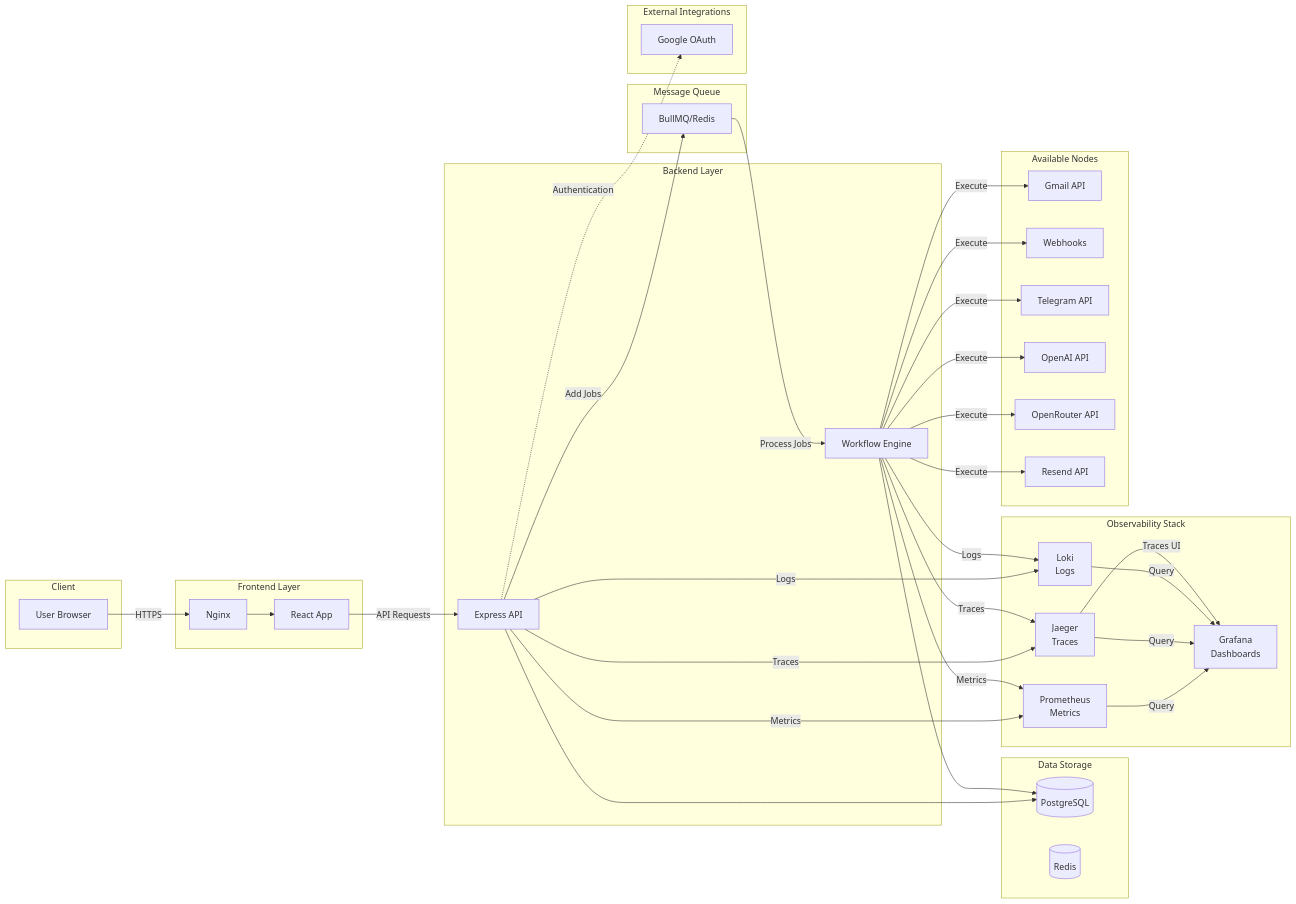
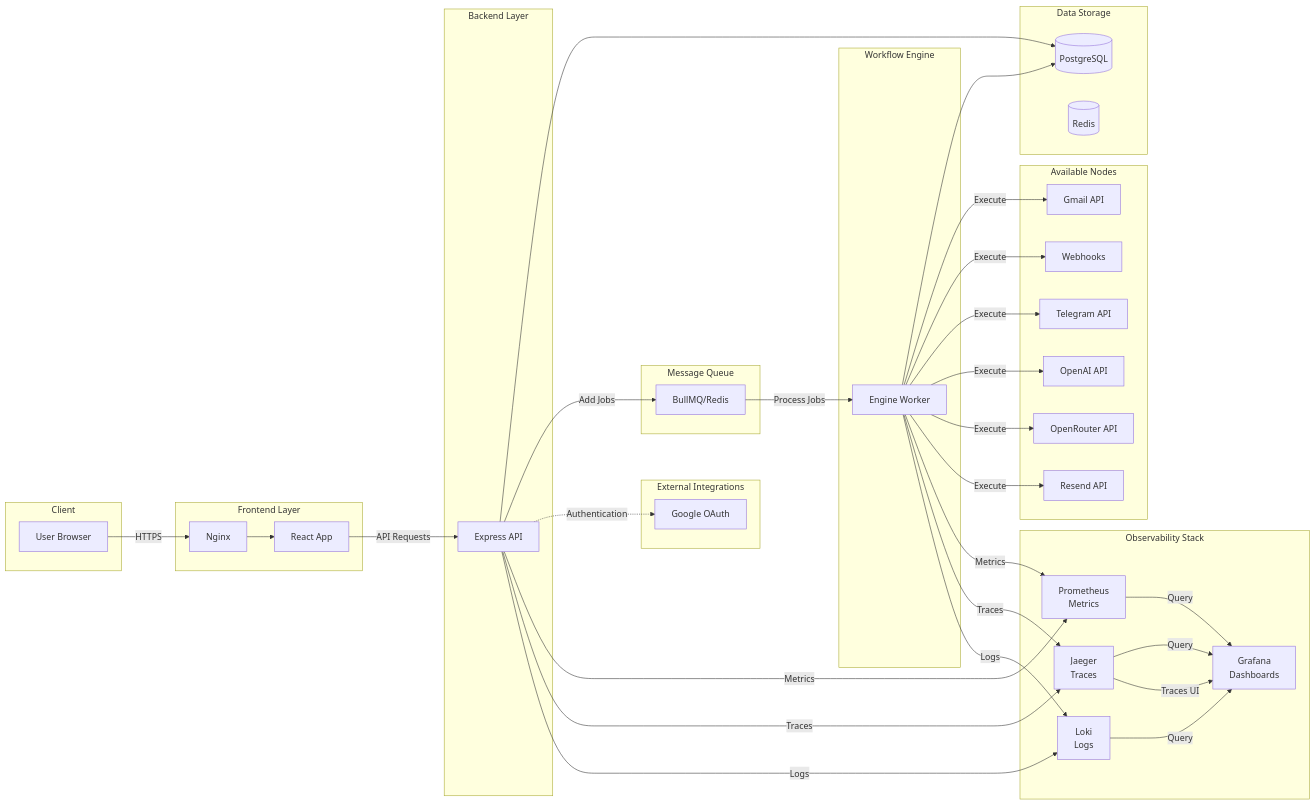
One commit to JagjeevanAK/nEn changed the diagram in README.md. Above: the diagram before and after it, drawn with Mermaid.

Commit message:
docs: README update

````diff
--- a/README.md
+++ b/README.md
@@ -7,71 +7,74 @@
 ```mermaid
 flowchart LR
     subgraph Client
         A[User Browser]
+    end
+    
+    subgraph External["External Integrations"]
+        H[Google OAuth]
     end
     
     subgraph Frontend["Frontend Layer"]
         B[Nginx]
         C[React App]
     end
     
     subgraph Backend["Backend Layer"]
         D[Express API]
-        E[Workflow Engine]
+    end
+    
+    subgraph Storage["Data Storage"]
+        F[(PostgreSQL)]
+        G[(Redis)]
     end
     
     subgraph Queue["Message Queue"]
         Q[BullMQ/Redis]
     end
     
-    subgraph Storage["Data Storage"]
-        F[(PostgreSQL)]
-        G[(Redis)]
+    subgraph Engine["Workflow Engine"]
+        E[Engine Worker]
     end
     
     subgraph Monitoring["Observability Stack"]
         M1[Prometheus<br/>Metrics]
         M2[Grafana<br/>Dashboards]
         M3[Jaeger<br/>Traces]
         M4[Loki<br/>Logs]
     end
     
     subgraph Nodes["Available Nodes"]
         N1[Gmail API]
         N2[Webhooks]
         N3[Telegram API]
         N4[OpenAI API]
         N5[OpenRouter API]
         N6[Resend API]
-    end
-    
-    subgraph External["External Integrations"]
-        H[Google OAuth]
     end
     
     A -->|HTTPS| B
     B --> C
     C -->|API Requests| D
     D --> F
     D -->|Add Jobs| Q
     D -.->|Authentication| H
     Q -->|Process Jobs| E
     E --> F
     E -->|Execute| N1
     E -->|Execute| N2
     E -->|Execute| N3
     E -->|Execute| N4
     E -->|Execute| N5
     E -->|Execute| N6
     
     D -->|Metrics| M1
     E -->|Metrics| M1
     D -->|Traces| M3
     E -->|Traces| M3
     D -->|Logs| M4
     E -->|Logs| M4
     M1 -->|Query| M2
     M3 -->|Query| M2
     M4 -->|Query| M2
     M3 -->|Traces UI| M2
 ```
````
